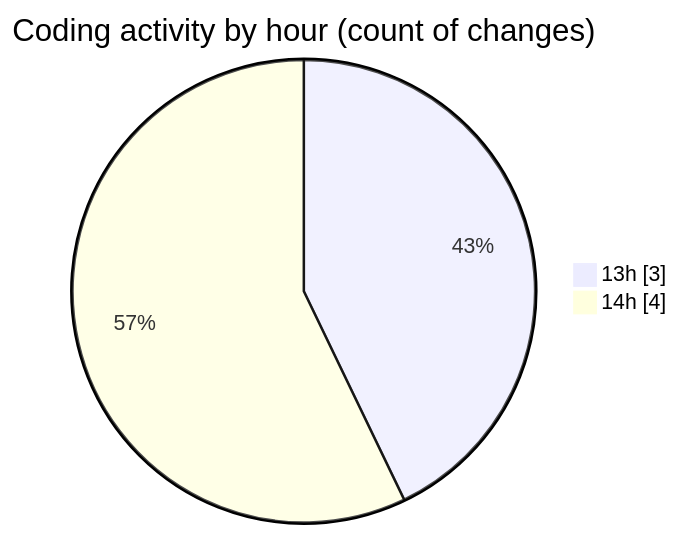
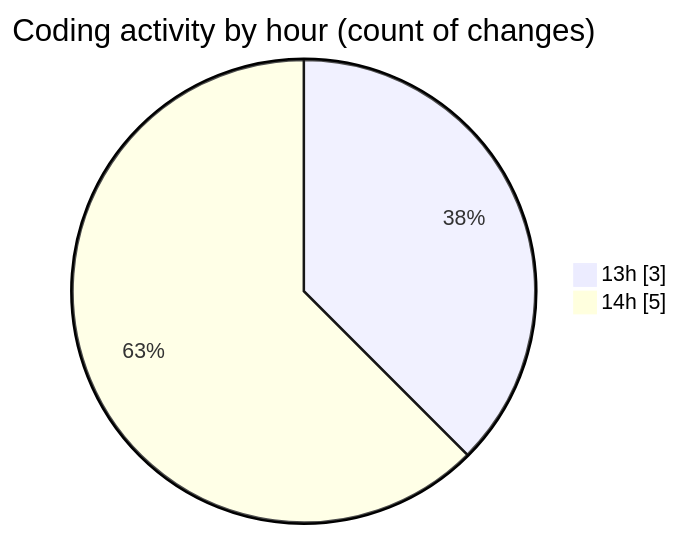
The second of 2 diagrams in 2025-05-19/cancelacionsegurosvida/README.md (jcpc91/code-tracking), drawn with Mermaid before and after one commit. The commit also changed other lines of this file and 1 other file, not shown here.

````diff
--- a/2025-05-19/cancelacionsegurosvida/README.md
+++ b/2025-05-19/cancelacionsegurosvida/README.md
@@ -32,6 +32,6 @@
 ```mermaid
 pie showData
 title Coding activity by hour (count of changes)
 "13h" : 3
-"14h" : 4
+"14h" : 5
 ```
````
